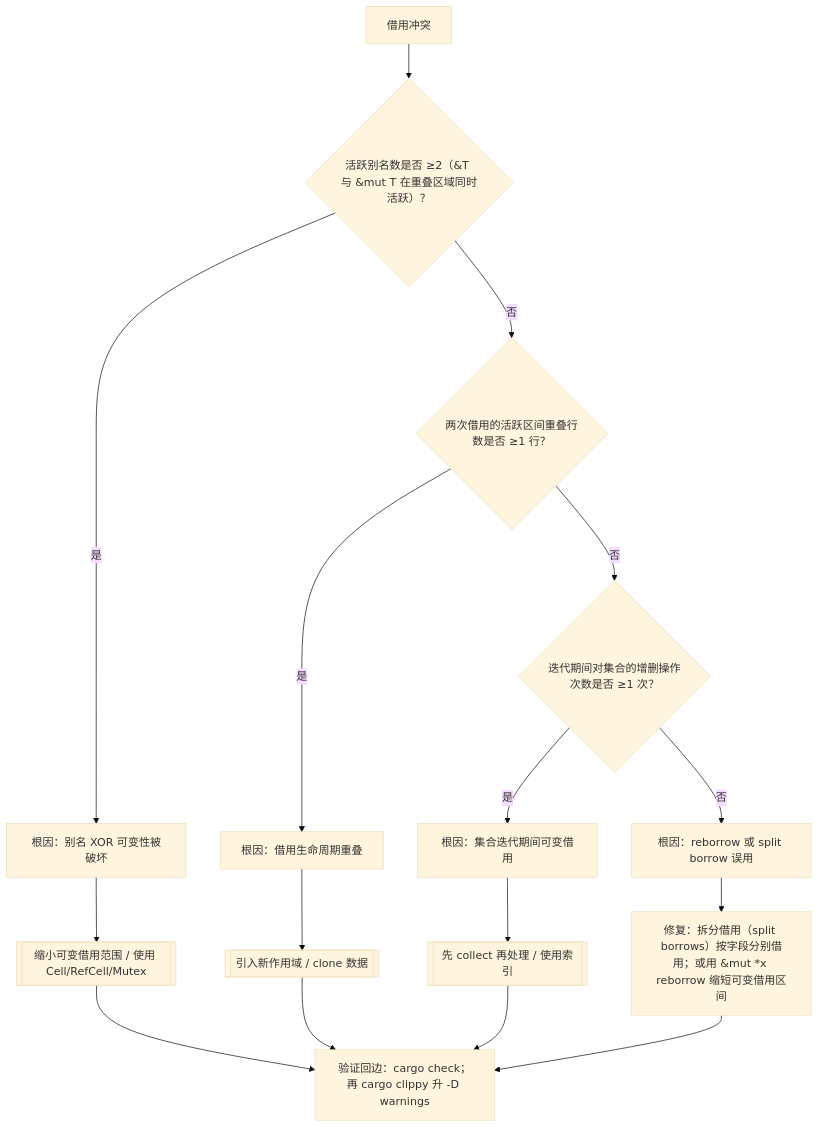
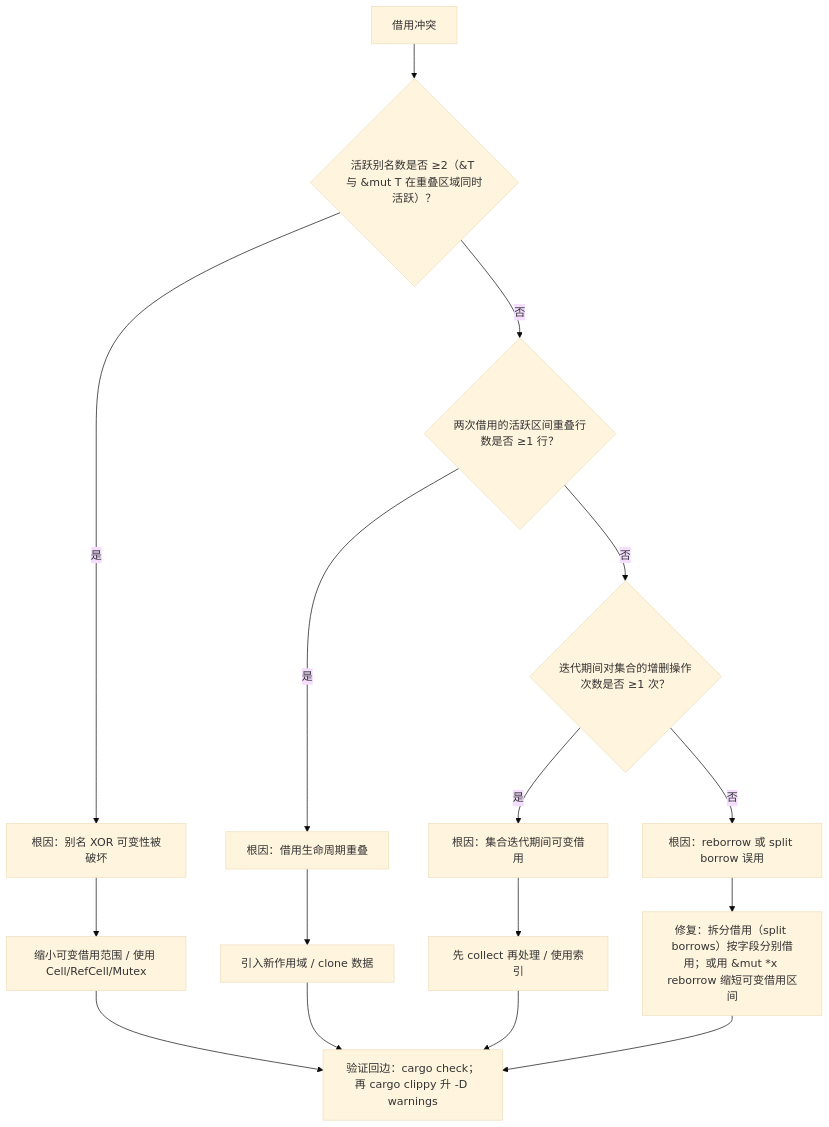
The first of 6 diagrams in concept/00_meta/knowledge_topology/09_reasoning_judgment_tree_atlas.md (martin-ly/rust-lang), drawn with Mermaid (base theme) before and after one commit. The commit also changed other lines of this file and 78 other files, not shown here.

````diff
--- a/concept/00_meta/knowledge_topology/09_reasoning_judgment_tree_atlas.md
+++ b/concept/00_meta/knowledge_topology/09_reasoning_judgment_tree_atlas.md
@@ -42,18 +42,18 @@
 ```mermaid
 flowchart TD
     B[借用冲突] --> Q1{"活跃别名数是否 ≥2（&T 与 &mut T 在重叠区域同时活跃）？"}
     Q1 -->|是| R1[根因：别名 XOR 可变性被破坏]
     Q1 -->|否| Q2{"两次借用的活跃区间重叠行数是否 ≥1 行？"}
     Q2 -->|是| R2[根因：借用生命周期重叠]
     Q2 -->|否| Q3{"迭代期间对集合的增删操作次数是否 ≥1 次？"}
     Q3 -->|是| R3[根因：集合迭代期间可变借用]
     Q3 -->|否| R4[根因：reborrow 或 split borrow 误用]
-    R1 --> F1[[缩小可变借用范围 / 使用 Cell/RefCell/Mutex]]
-    R2 --> F2[[引入新作用域 / clone 数据]]
-    R3 --> F3[[先 collect 再处理 / 使用索引]]
+    R1 --> F1[缩小可变借用范围 / 使用 Cell/RefCell/Mutex]
+    R2 --> F2[引入新作用域 / clone 数据]
+    R3 --> F3[先 collect 再处理 / 使用索引]
     R4 --> F4[修复：拆分借用（split borrows）按字段分别借用；或用 &mut *x reborrow 缩短可变借用区间]
     F1 --> V1[验证回边：cargo check；再 cargo clippy 升 -D warnings]
     F2 --> V1
     F3 --> V1
     F4 --> V1
 ```
````
